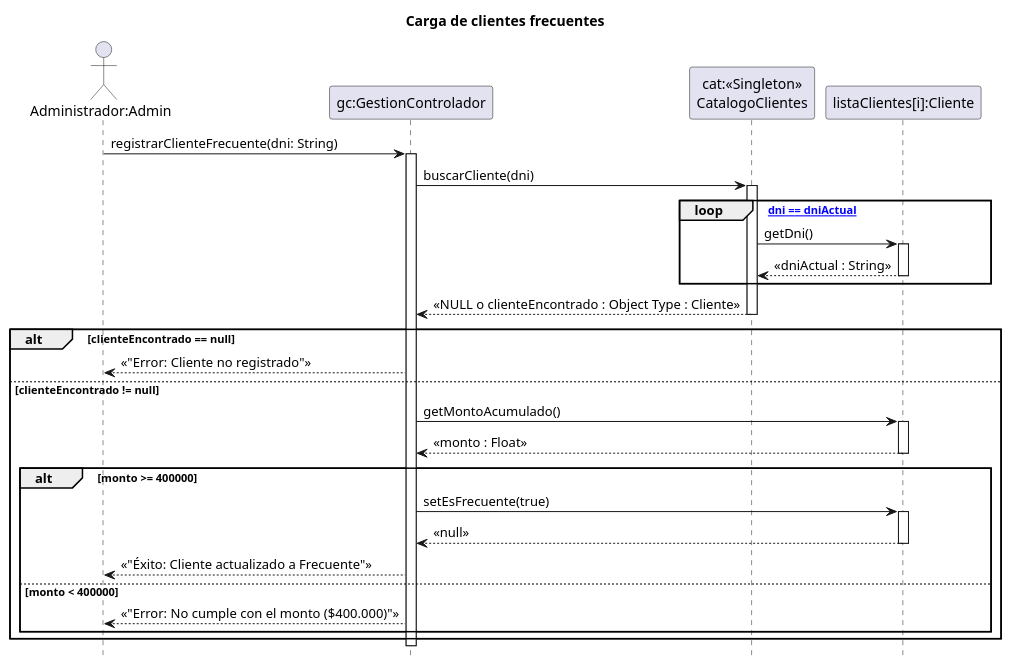
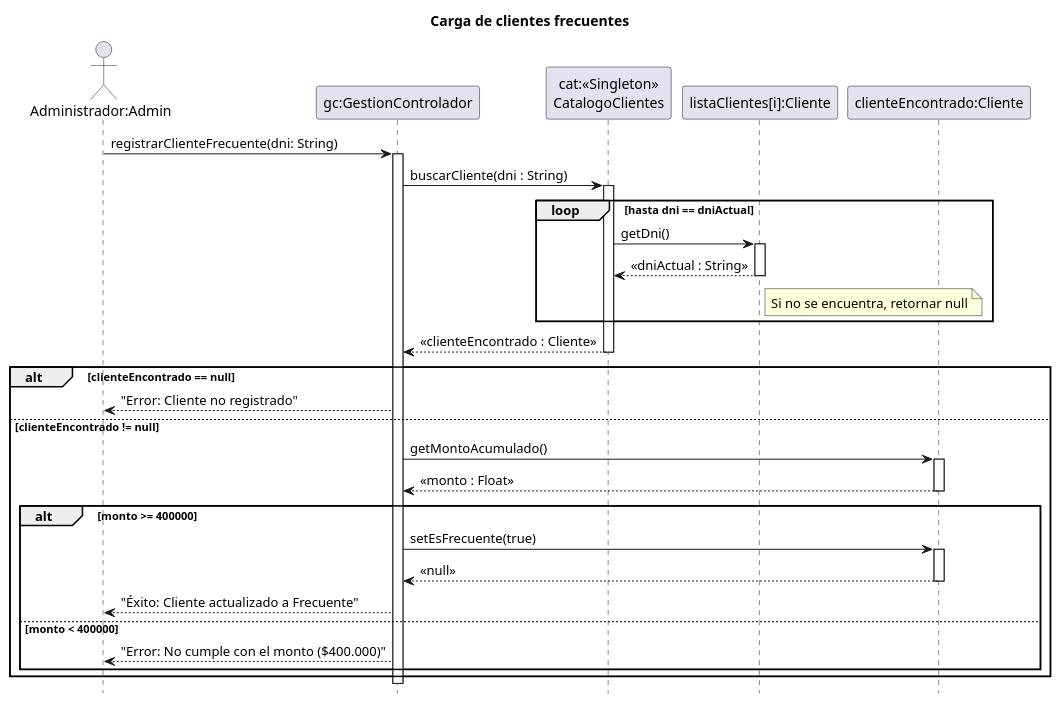
The diagram in 08 - Diagramas de Secuencia de Diseño/CargaClientesFrecuentes/CargaClientesFrecuentes.puml (zEzequR/PF-I), drawn with PlantUML before and after one commit. The commit also changed 17 other files, not shown here.

```diff
--- a/08 - Diagramas de Secuencia de Diseño/CargaClientesFrecuentes/CargaClientesFrecuentes.puml
+++ b/08 - Diagramas de Secuencia de Diseño/CargaClientesFrecuentes/CargaClientesFrecuentes.puml
@@ -1,53 +1,57 @@
 @startuml
 title Carga de clientes frecuentes
 
 hide footbox
 
 actor "Administrador:Admin" as admin
 participant "gc:GestionControlador" as ctrl
 participant "cat:<<Singleton>>\nCatalogoClientes" as cat
 participant "listaClientes[i]:Cliente" as item
+participant "clienteEncontrado:Cliente" as cli_encontrado
 
 admin -> ctrl : registrarClienteFrecuente(dni: String)
 activate ctrl
 
-ctrl -> cat : buscarCliente(dni)
+ctrl -> cat : buscarCliente(dni : String)
 activate cat
 
-loop [hasta dni == dniActual]
+loop hasta dni == dniActual
     cat -> item : getDni()
     activate item
-    item --> cat : << dniActual : String >>
+    item --> cat : <<dniActual : String>>
+    
+    note right of item : Si no se encuentra, retornar null
+    
     deactivate item
 end
 
-cat --> ctrl : << NULL o clienteEncontrado : Object Type : Cliente >>
+cat --> ctrl : <<clienteEncontrado : Cliente>>
 deactivate cat
 
 alt clienteEncontrado == null
     
-    ctrl --> admin : << "Error: Cliente no registrado" >>
+    ctrl --> admin : "Error: Cliente no registrado"
 
 else clienteEncontrado != null
 
-    ctrl -> item : getMontoAcumulado()
-    activate item
-    item --> ctrl : << monto : Float >>
-    deactivate item
+    ctrl -> cli_encontrado : getMontoAcumulado()
+    activate cli_encontrado
+    cli_encontrado --> ctrl : <<monto : Float>>
+    deactivate cli_encontrado
     
     alt monto >= 400000
-        ctrl -> item : setEsFrecuente(true)
-        activate item
-        item --> ctrl : << null >> 
-        deactivate item
+        ctrl -> cli_encontrado : setEsFrecuente(true)
+        activate cli_encontrado
+        cli_encontrado --> ctrl : <<null>> 
+        deactivate cli_encontrado
         
-        ctrl --> admin : << "Éxito: Cliente actualizado a Frecuente" >>
+        ctrl --> admin : "Éxito: Cliente actualizado a Frecuente"
         
     else monto < 400000
-        ctrl --> admin : << "Error: No cumple con el monto ($400.000)" >>
+        ctrl --> admin : "Error: No cumple con el monto ($400.000)"
     end
 
 end
 
 deactivate ctrl
 @enduml
```
